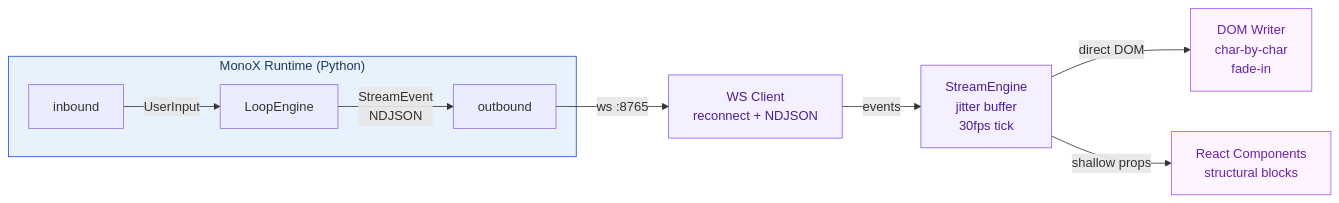
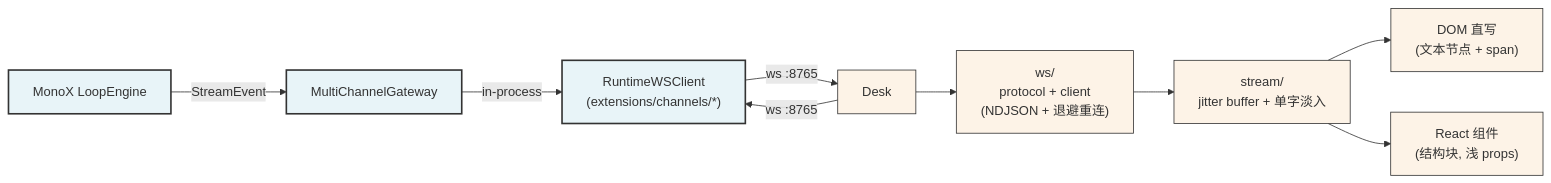
The diagram in README.md (halcyonway/MonoDesk), drawn with Mermaid before and after one commit. The commit also changed other lines of this file and 5 other files, not shown here.

````diff
--- a/README.md
+++ b/README.md
@@ -43,19 +19,16 @@
 ```mermaid
-flowchart LR
-    subgraph MonoX["MonoX Runtime (Python)"]
-        Loop["LoopEngine"]
-        Loop -->|"StreamEvent<br/>NDJSON"| Out["outbound"]
-        In["inbound"] -->|"UserInput"| Loop
-    end
+graph LR
+    Loop["MonoX LoopEngine"] -->|StreamEvent| GW["MultiChannelGateway"]
+    GW -->|in-process| RuntimeWSClient["RuntimeWSClient<br/>(extensions/channels/*)"]
+    RuntimeWSClient -->|ws :8765| Desk
+    Desk -->|ws :8765| RuntimeWSClient
+    Desk --> WS["ws/<br/>protocol + client<br/>(NDJSON + 退避重连)"]
+    WS --> Engine["stream/<br/>jitter buffer + 单字淡入"]
+    Engine --> DOM["DOM 直写<br/>(文本节点 + span)"]
+    Engine --> React["React 组件<br/>(结构块, 浅 props)"]
 
-    Out -->|"ws :8765"| WS["WS Client<br/>reconnect + NDJSON"]
-    WS -->|"events"| Engine["StreamEngine<br/>jitter buffer<br/>30fps tick"]
-    Engine -->|"direct DOM"| DOM["DOM Writer<br/>char-by-char<br/>fade-in"]
-    Engine -->|"shallow props"| React["React Components<br/>structural blocks"]
-
-    style MonoX fill:#e8f2fc,stroke:#1d4ed8,color:#1e3a5f
-    style WS fill:#f5f0ff,stroke:#8b5cf6,color:#4c1d95
-    style Engine fill:#f5f0ff,stroke:#8b5cf6,color:#4c1d95
-    style DOM fill:#fdf4ff,stroke:#a855f7,color:#6b21a8
-    style React fill:#fdf4ff,stroke:#a855f7,color:#6b21a8
+    classDef mono fill:#e8f4f8,stroke:#333,stroke-width:2px
+    classDef desk fill:#fdf3e7,stroke:#333,stroke-width:1px
+    class Loop,GW,RuntimeWSClient mono
+    class Desk,WS,Engine,DOM,React desk
 ```
````
